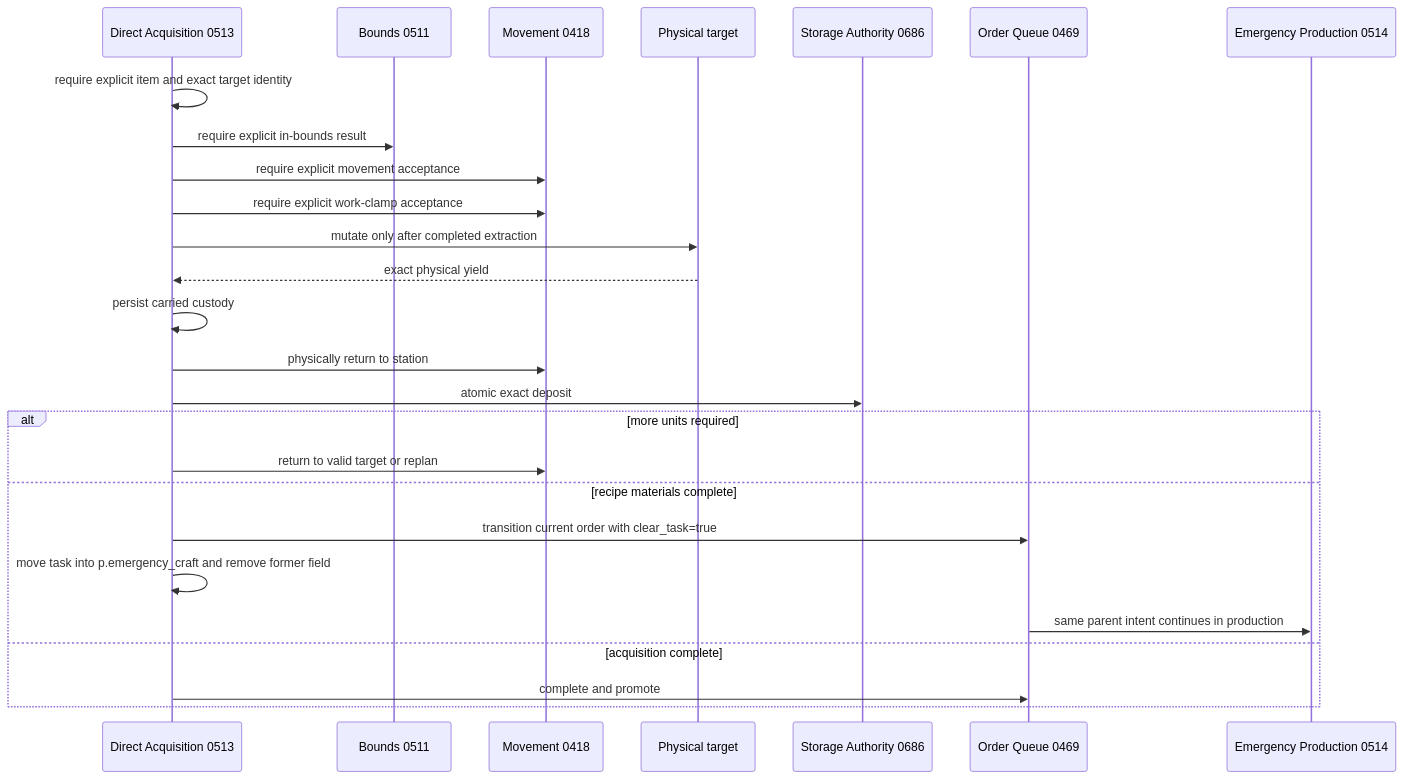
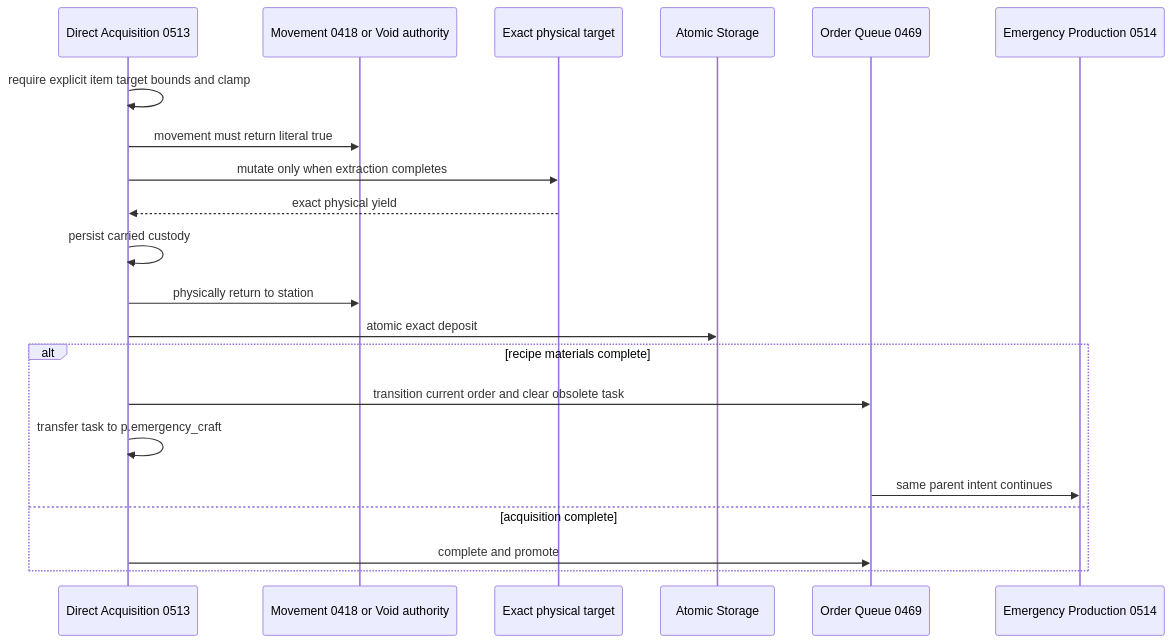
The seventh of 11 diagrams in docs/RECOVERY_AUTHORITY_MAP_CURRENT.md (mrcalzon02/Tech-Priests), drawn with Mermaid before and after one commit. The commit also changed other lines of this file, not shown here.

````diff
--- a/docs/RECOVERY_AUTHORITY_MAP_CURRENT.md
+++ b/docs/RECOVERY_AUTHORITY_MAP_CURRENT.md
@@ -190,29 +158,24 @@
 ```mermaid
 sequenceDiagram
     participant A as Direct Acquisition 0513
-    participant B as Bounds 0511
-    participant M as Movement 0418
-    participant R as Physical target
-    participant S as Storage Authority 0686
+    participant M as Movement 0418 or Void authority
+    participant R as Exact physical target
+    participant S as Atomic Storage
     participant Q as Order Queue 0469
     participant P as Emergency Production 0514
 
-    A->>A: require explicit item and exact target identity
-    A->>B: require explicit in-bounds result
-    A->>M: require explicit movement acceptance
-    A->>M: require explicit work-clamp acceptance
-    A->>R: mutate only after completed extraction
+    A->>A: require explicit item target bounds and clamp
+    A->>M: movement must return literal true
+    A->>R: mutate only when extraction completes
     R-->>A: exact physical yield
     A->>A: persist carried custody
     A->>M: physically return to station
     A->>S: atomic exact deposit
-    alt more units required
-        A->>M: return to valid target or replan
-    else recipe materials complete
-        A->>Q: transition current order with clear_task=true
-        A->>A: move task into p.emergency_craft and remove former field
-        Q->>P: same parent intent continues in production
+    alt recipe materials complete
+        A->>Q: transition current order and clear obsolete task
+        A->>A: transfer task to p.emergency_craft
+        Q->>P: same parent intent continues
     else acquisition complete
         A->>Q: complete and promote
     end
 ```
````
